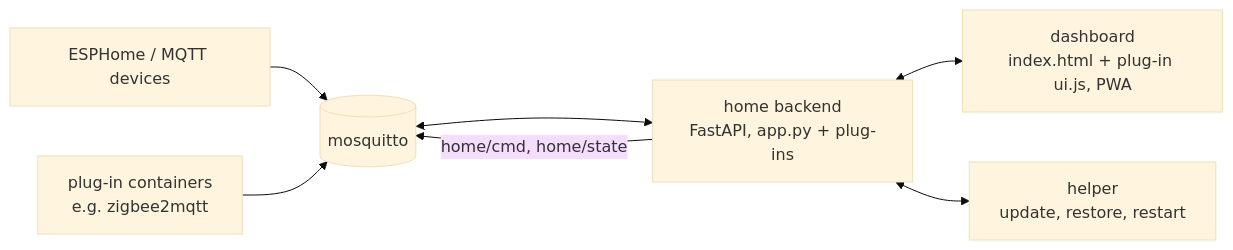
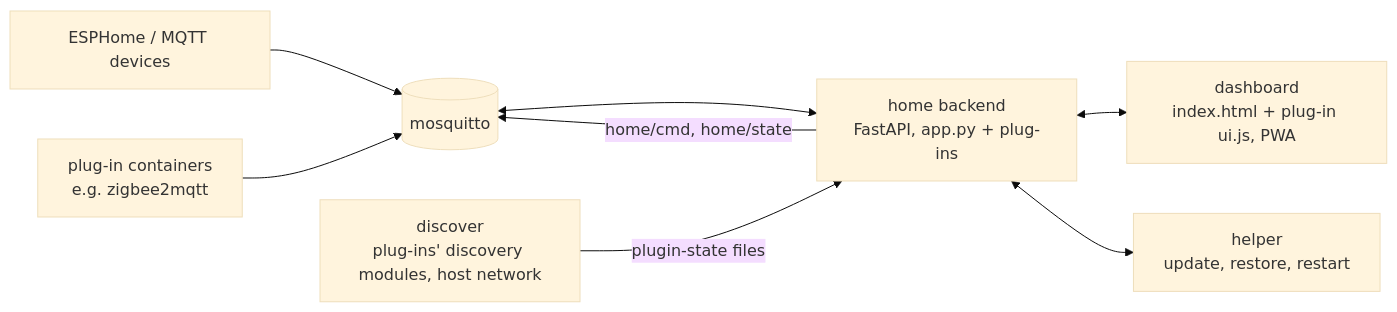
The diagram in README.md (freidkin-michael/yashome), drawn with Mermaid (base theme) before and after one commit. The commit also changed other lines of this file and 42 other files, not shown here.

````diff
--- a/README.md
+++ b/README.md
@@ -292,9 +292,10 @@
 ```mermaid
 flowchart LR
     E[ESPHome / MQTT devices] --> M[(mosquitto)]
     P[plug-in containers<br/>e.g. zigbee2mqtt] --> M
     M <--> H[home backend<br/>FastAPI, app.py + plug-ins]
     H <--> D[dashboard<br/>index.html + plug-in ui.js, PWA]
     H <--> HL[helper<br/>update, restore, restart]
+    DI[discover<br/>plug-ins' discovery modules, host network] -- plugin-state files --> H
     H -- home/cmd, home/state --> M
 ```
````
